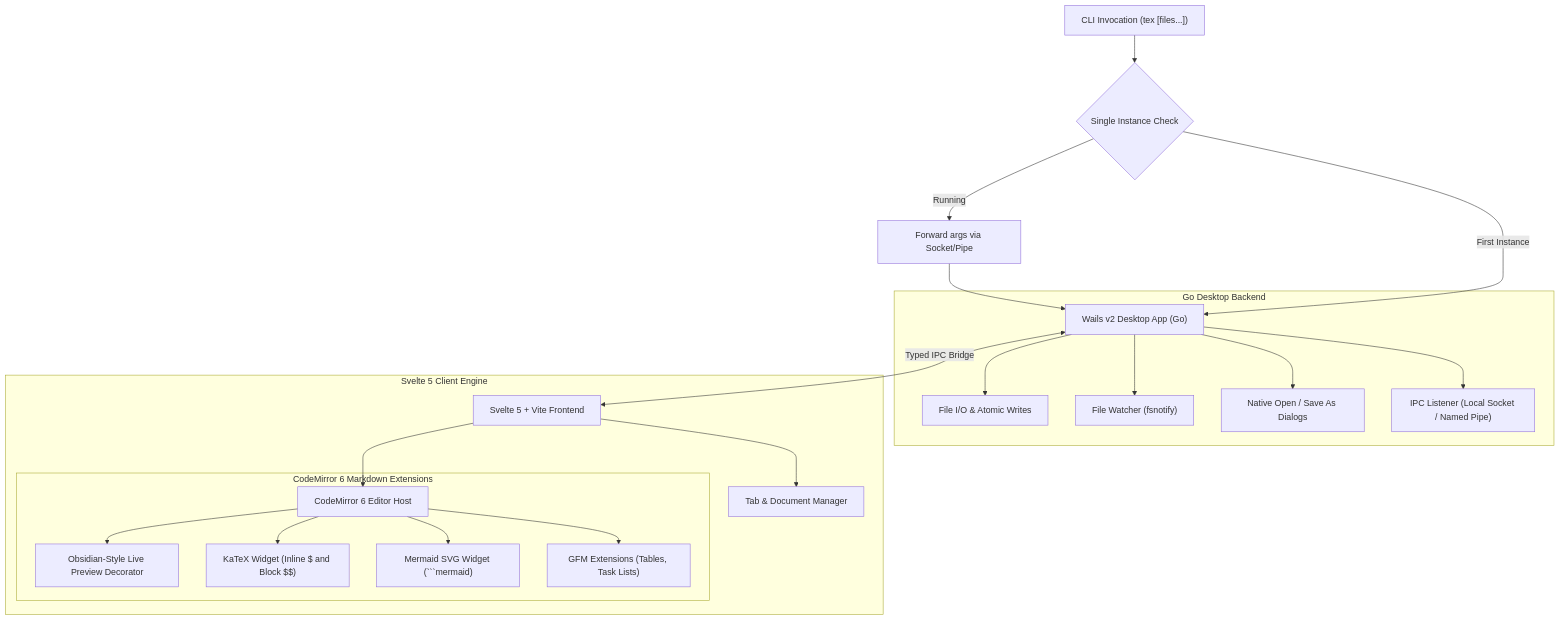
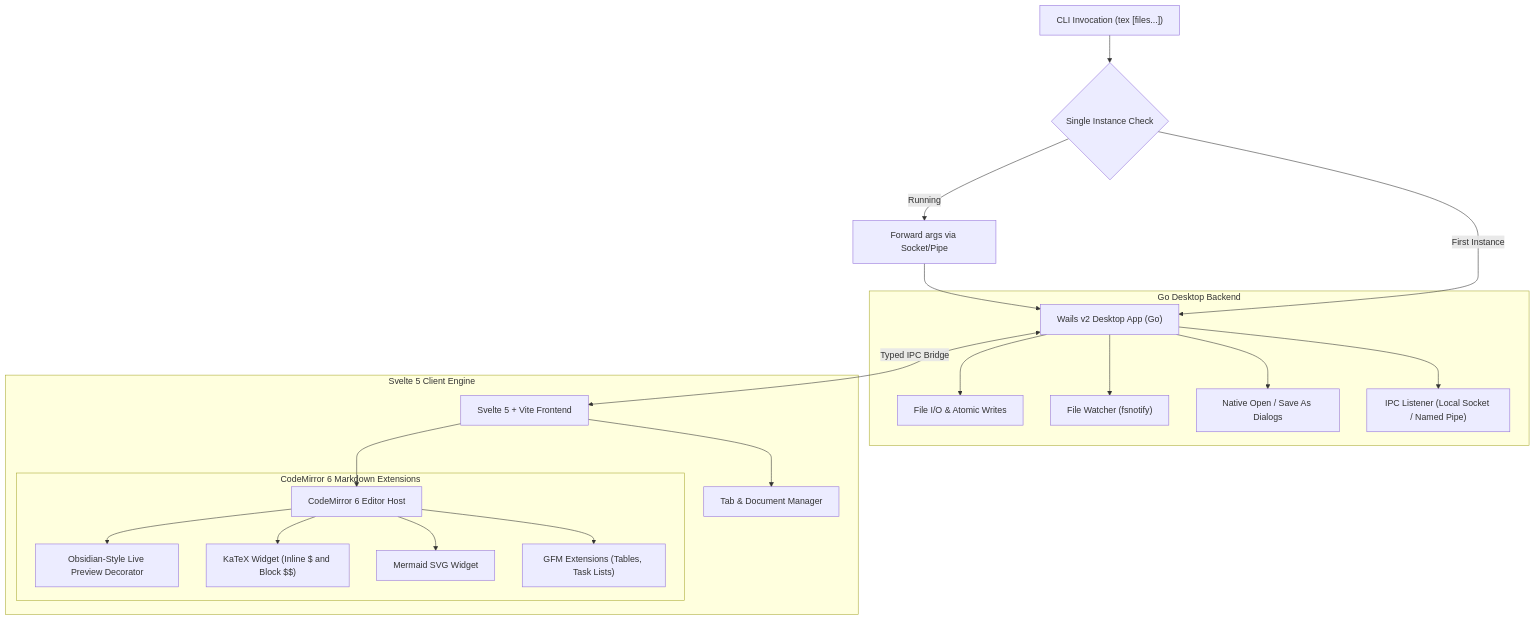
Before and after one commit to edmrtz/tex: the diagram in PLAN.md, drawn with Mermaid. The commit also changed other lines of this file and 4 other files, not shown here.

Commit message:
fix: AST-based fenced code block highlighting and Mermaid rendering; fix typos in README and PLAN

````diff
--- a/PLAN.md
+++ b/PLAN.md
@@ -9,28 +9,28 @@
 ```mermaid
 graph TD
     CLI["CLI Invocation (tex [files...])"] --> IPC{"Single Instance Check"}
     IPC -- "Running" --> SendIPC["Forward args via Socket/Pipe"]
     SendIPC --> Backend
     IPC -- "First Instance" --> Backend["Wails v2 Desktop App (Go)"]
 
     subgraph "Go Desktop Backend"
         Backend --> FileOps["File I/O & Atomic Writes"]
         Backend --> Watcher["File Watcher (fsnotify)"]
         Backend --> NativeDialogs["Native Open / Save As Dialogs"]
         Backend --> IPCServer["IPC Listener (Local Socket / Named Pipe)"]
     end
 
     Backend <-->|"Typed IPC Bridge"| Frontend["Svelte 5 + Vite Frontend"]
 
     subgraph "Svelte 5 Client Engine"
         Frontend --> TabState["Tab & Document Manager"]
         Frontend --> EditorHost["CodeMirror 6 Editor Host"]
 
         subgraph "CodeMirror 6 Markdown Extensions"
             EditorHost --> LivePreview["Obsidian-Style Live Preview Decorator"]
             EditorHost --> KaTeXWidget["KaTeX Widget (Inline $ and Block $$)"]
-            EditorHost --> MermaidWidget["Mermaid SVG Widget (```mermaid)"]
+            EditorHost --> MermaidWidget["Mermaid SVG Widget"]
             EditorHost --> GFM["GFM Extensions (Tables, Task Lists)"]
         end
     end
 ```
````
